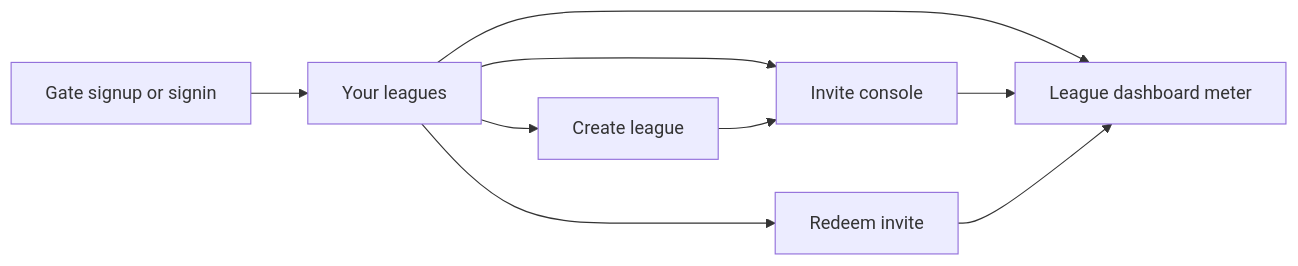
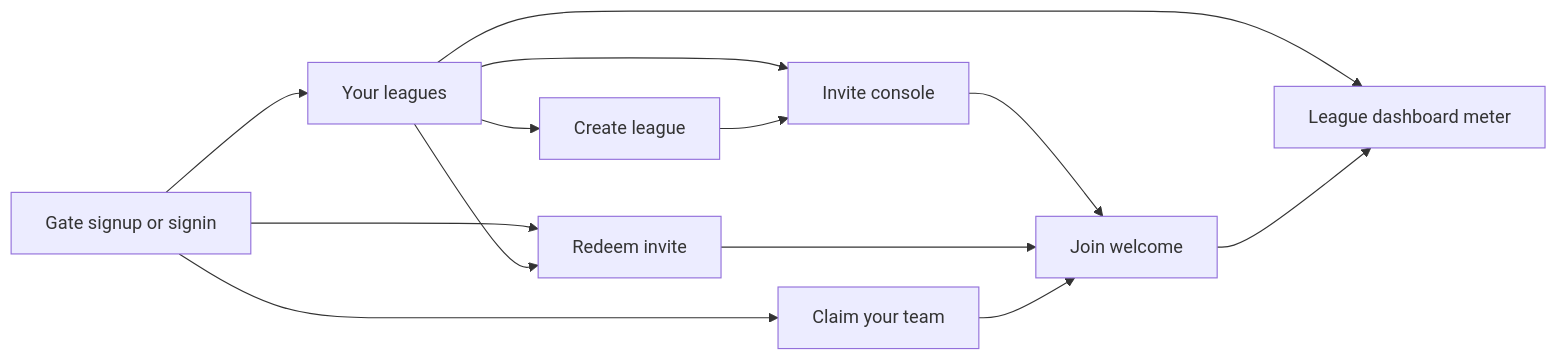
Before and after one commit to slabslip/cuckle-trade-tracker: the diagram in docs/APP_SDD.md, drawn with Mermaid. The commit also changed other lines of this file and 8 other files, not shown here.

First line of the commit message:
Add invite feedback, team claim picker, and pre-dash welcome.

````diff
--- a/docs/APP_SDD.md
+++ b/docs/APP_SDD.md
@@ -59,18 +59,24 @@
 ```mermaid
 flowchart LR
   Gate[Gate signup or signin]
   Home[Your leagues]
   Create[Create league]
   Invites[Invite console]
   Redeem[Redeem invite]
+  Claim[Claim your team]
+  Land[Join welcome]
   Dash[League dashboard meter]
 
   Gate --> Home
+  Gate --> Redeem
+  Gate --> Claim
   Home --> Create
   Home --> Redeem
   Home --> Invites
   Home --> Dash
   Create --> Invites
-  Invites --> Dash
-  Redeem --> Dash
+  Invites --> Land
+  Redeem --> Land
+  Claim --> Land
+  Land --> Dash
 ```
````
